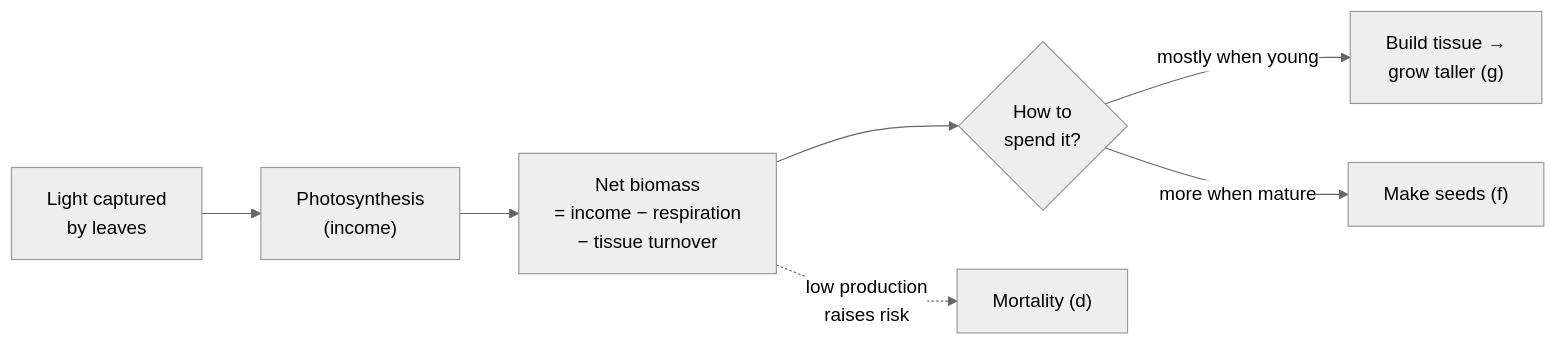
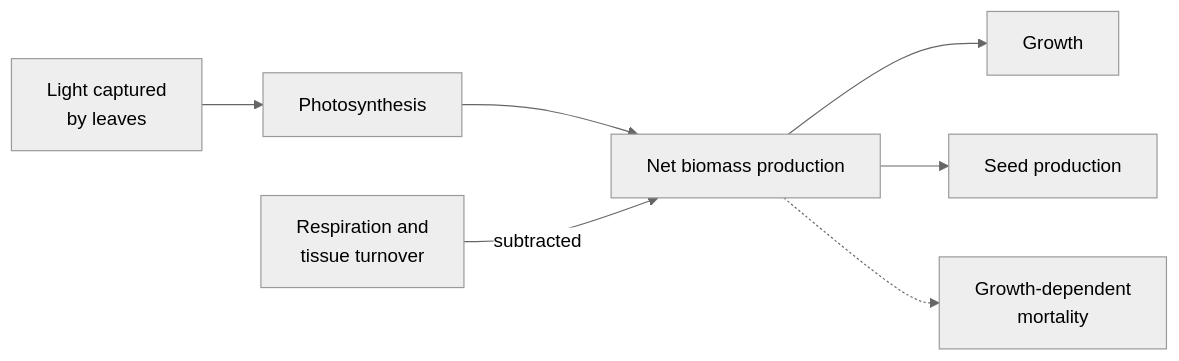
One commit to traitecoevo/overstorey changed the second of 4 diagrams in theory/overview.qmd. Above: the diagram before and after it, drawn with Mermaid (neutral theme). The commit also changed other lines of this file and 123 other files, not shown here.

````diff
--- a/theory/overview.qmd
+++ b/theory/overview.qmd
@@ -129,9 +117,11 @@
 ```{mermaid}
 flowchart LR
-  L["Light captured<br/>by leaves"] --> P["Photosynthesis<br/>(income)"]
-  P --> B["Net biomass<br/>= income − respiration<br/>− tissue turnover"]
-  B --> SPLIT{"How to<br/>spend it?"}
-  SPLIT -->|"mostly when young"| G["Build tissue →<br/>grow taller (g)"]
-  SPLIT -->|"more when mature"| F["Make seeds (f)"]
-  B -.->|"low production<br/>raises risk"| D["Mortality (d)"]
+accTitle: Carbon balance in the FF16 strategy
+accDescr: Photosynthesis supplies carbon. Respiration and tissue turnover reduce it. Remaining biomass production is allocated between growth and seed production, while low production can increase one component of mortality.
+  L["Light captured<br/>by leaves"] --> P["Photosynthesis"]
+  P --> B["Net biomass production"]
+  R["Respiration and<br/>tissue turnover"] -->|"subtracted"| B
+  B --> G["Growth"]
+  B --> F["Seed production"]
+  B -.-> D["Growth-dependent<br/>mortality"]
 ```
````
